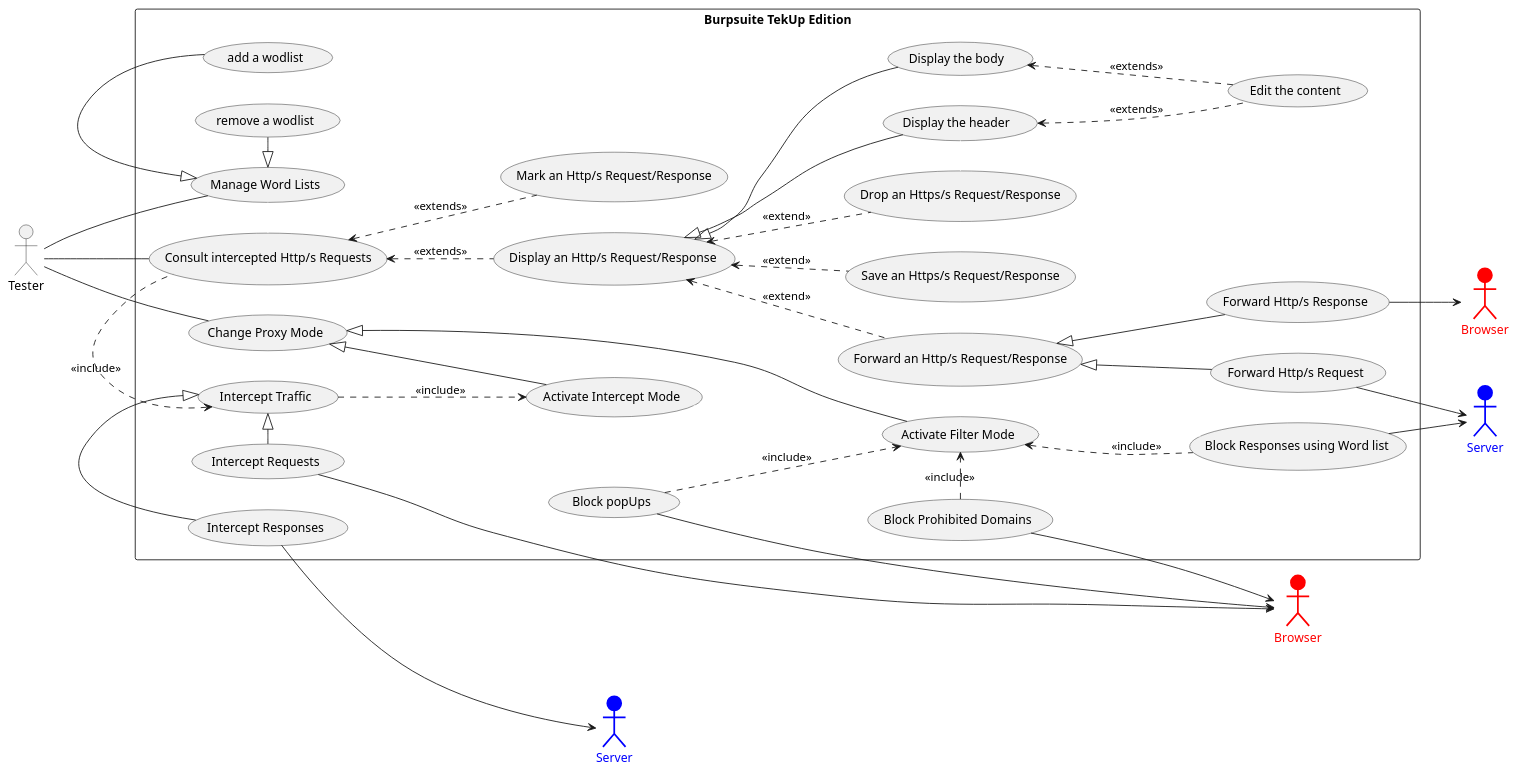
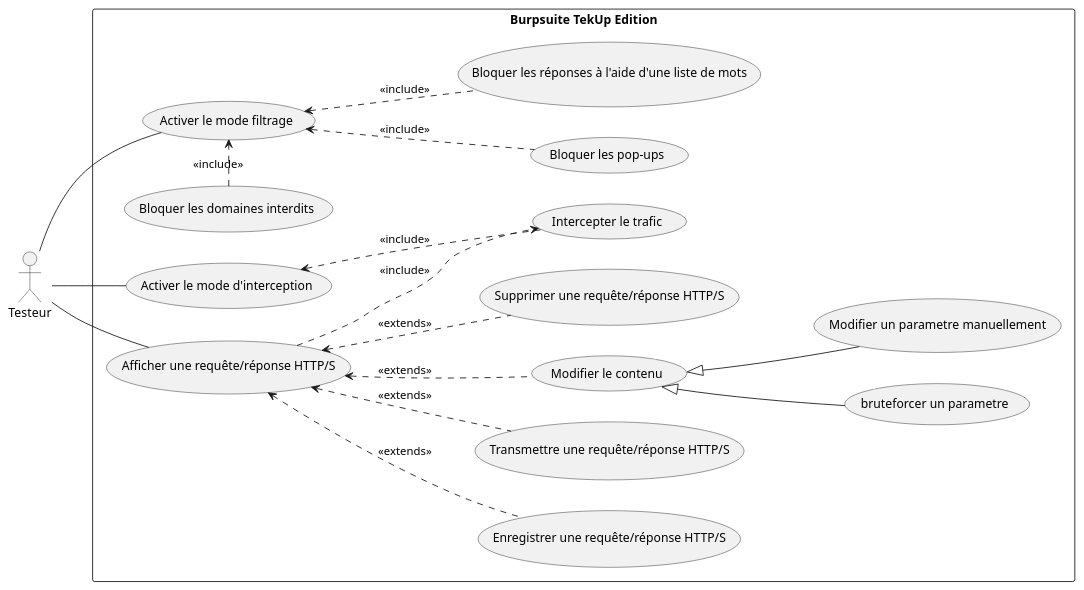
One commit to Hsouna-M/BurpSuiteFromScratch changed the diagram in Modelling/usecase3.plantuml. Above: the diagram before and after it, drawn with PlantUML. The commit also changed 4 other files, not shown here.

Commit message:
use case final : missing 3 includes (block * -> intercept)

```diff
--- a/Modelling/usecase3.plantuml
+++ b/Modelling/usecase3.plantuml
@@ -1,78 +1,47 @@
 @startuml
 left to right direction 
 
-actor "Tester" as pentester
-actor "Browser" as browser #red;line:red;line.bold;text:red
-actor "Browser" as samebrowser  #red;line:red;line.bold;text:red
-actor "Server" as server #Blue;line:Blue;line.bold;text:Blue
-actor "Server" as sameserver #Blue;line:Blue;line.bold;text:Blue
+actor "Testeur" as pentester
 
 rectangle "Burpsuite TekUp Edition"{
-    usecase "Consult intercepted Http/s Requests" as consult
-    usecase "Intercept Traffic" as intercept
-        usecase "Intercept Requests" as requestsintercept
-        usecase "Intercept Responses" as responseintercept 
-            requestsintercept -right-|> intercept
-            responseintercept -right-|> intercept 
-        intercept <.right. consult : <<include>>
-        requestsintercept --> samebrowser 
-        responseintercept --> sameserver 
-    usecase "Change Proxy Mode" as mode 
-        usecase "Activate Intercept Mode" as interceptmode
-            mode <|-- interceptmode
-        intercept ..> interceptmode : <<include>> 
-        usecase "Activate Filter Mode" as filtermode
-            mode <|-- filtermode 
-            usecase "Block popUps" as popupblock
-                popupblock ..> filtermode : <<include>>
-                popupblock --> samebrowser 
-            usecase "Block Prohibited Domains" as domainblock 
+    usecase "Intercepter le trafic" as intercept
+        usecase "Activer le mode d'interception" as interceptmode
+        interceptmode <.. intercept : <<include>> 
+        usecase "Activer le mode filtrage" as filtermode
+            usecase "Bloquer les pop-ups" as popupblock
+                filtermode <.. popupblock : <<include>>
+
+            usecase "Bloquer les domaines interdits" as domainblock 
                 domainblock .right.> filtermode : <<include>>
-                domainblock --> samebrowser 
-            usecase "Block Responses using Word list" as responsewordblock 
+
+            usecase "Bloquer les réponses à l'aide d'une liste de mots" as responsewordblock 
                 filtermode <.. responsewordblock : <<include>> 
-                responsewordblock --> server
-    usecase "Display an Http/s Request/Response " as display
-        usecase "Display the header "   as headerdisplay 
-        usecase "Display the body "     as bodydisplay
-            display <|-- headerdisplay
-            display <|-- bodydisplay 
-    usecase "Mark an Http/s Request/Response" as mark
-        consult <.. mark : <<extends>>
-        consult <.. display : <<extends>>
-    usecase "Edit the content" as edit
-        headerdisplay <.. edit : <<extends>>
-        bodydisplay <.. edit : <<extends>>
-    usecase "Drop an Https/s Request/Response"  as  drop
-    usecase "Save an Https/s Request/Response"  as  save
-    usecase "Forward an Http/s Request/Response"  as  send 
-        usecase "Forward Http/s Request" as requestforward 
-        usecase "Forward Http/s Response" as responseforward 
-            send <|-- requestforward
-            send <|-- responseforward 
-    display <.. send : <<extend>>
-    display <.. drop: <<extend>>
-    display <.. save: <<extend>>
+    usecase "Afficher une requête/réponse HTTP/S" as display
+    pentester -- display
+    display ..> intercept : <<include>>
+    usecase "Modifier le contenu" as edit
+        display <.. edit : <<extends>>
+        usecase "bruteforcer un parametre" as  bruteforce
+        usecase "Modifier un parametre manuellement" as manualedit
+            edit <|- bruteforce
+            edit <|- manualedit
+            edit -- manualedit  #white
+            edit -- bruteforce  #white
+    usecase "Supprimer une requête/réponse HTTP/S" as drop
+    usecase "Enregistrer une requête/réponse HTTP/S" as save
+    usecase "Transmettre une requête/réponse HTTP/S" as send 
+    display <.. send : <<extends>>
+    display <.. drop: <<extends>>
+    display <.. save: <<extends>>
 
-    usecase "Manage Word Lists" as wordlistmanage
-        usecase "add a wodlist" as addwordlist 
-        usecase "remove a wodlist" as removewordlist 
-        wordlistmanage <|- addwordlist
-        wordlistmanage <|- removewordlist 
 }
-
-pentester -- consult 
-requestforward --> server
-responseforward -->  browser
-pentester -- mode 
-pentester -up- wordlistmanage
-
-' fixing affichage 
-filtermode .up. interceptmode #White
-filtermode -- responsewordblock #White
-drop -right- headerdisplay #White
-wordlistmanage -left- consult #white
 
 
 
+pentester -- interceptmode
+pentester -- filtermode 
+
+
+' correction de l'affichage 
+
 @enduml
```
